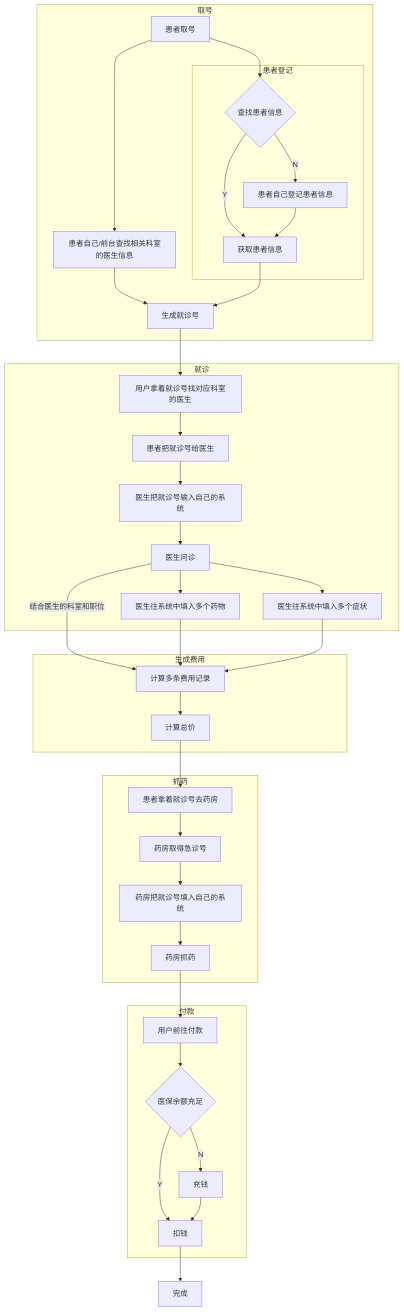
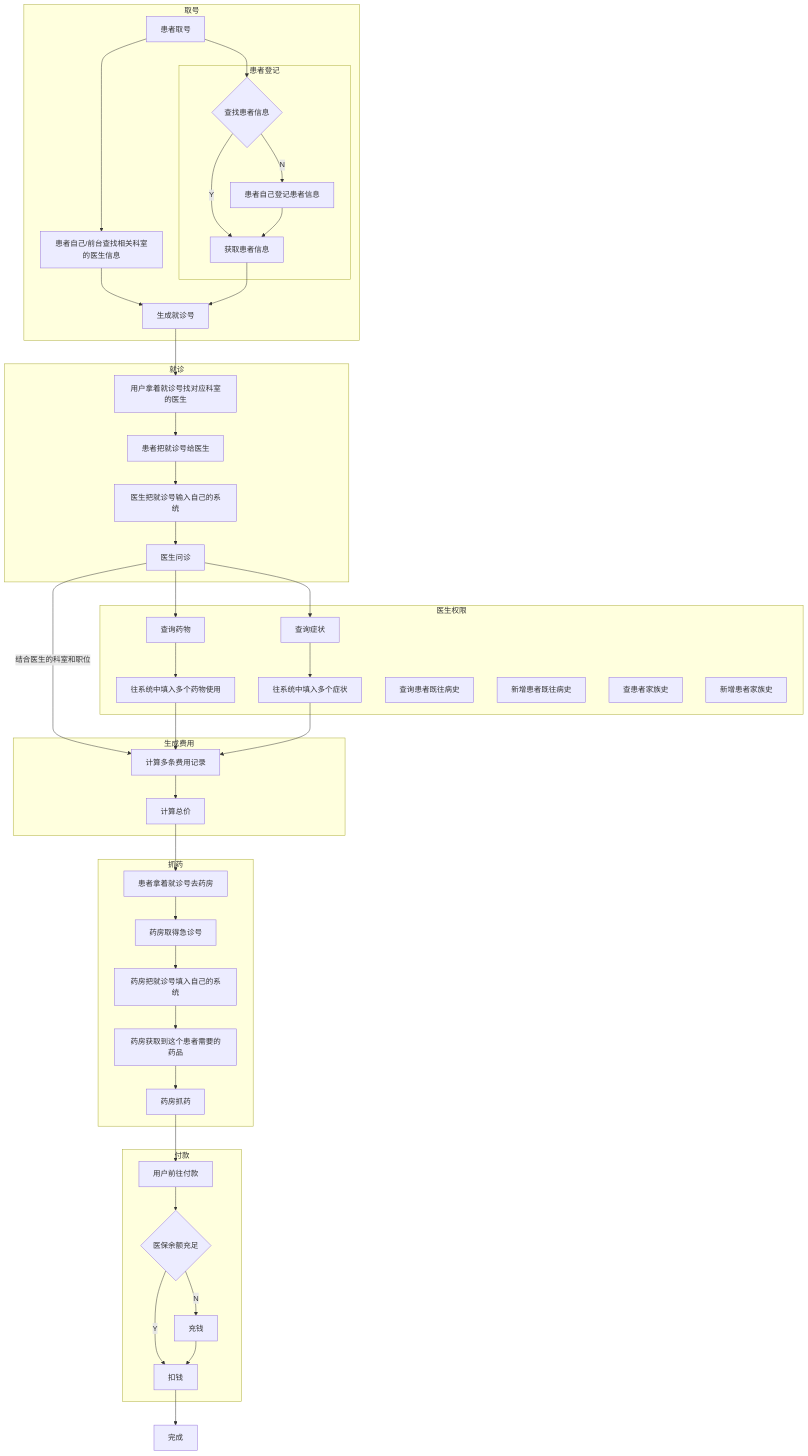
One commit to HarveyBlocks/respiratory-server changed the diagram in README.md. Above: the diagram before and after it, drawn with Mermaid. The commit also changed other lines of this file, not shown here.

````diff
--- a/README.md
+++ b/README.md
@@ -304,47 +328,61 @@
 ```mermaid
 graph TD
 
 subgraph 取号
 	患者取号-->judge_patient
     subgraph 患者登记
         judge_patient{查找患者信息}-->|Y|得患者[获取患者信息]
         judge_patient-->|N|患者自己登记患者信息
         患者自己登记患者信息-->得患者
     end
     患者取号-->查医生[患者自己/前台查找相关科室的医生信息]
     查医生-->生成就诊号
     得患者-->生成就诊号
 end
 
+subgraph 医生权限
+查询症状
+查询药物
+新增患者症状
+新增药物具体使用
+end
+
 subgraph 就诊
 生成就诊号-->找医生[用户拿着就诊号找对应科室的医生]
 -->患者把就诊号给医生
 -->得就诊号[医生把就诊号输入自己的系统]
 得就诊号-->医生问诊
-医生问诊-->填症状[医生往系统中填入多个症状]
-医生问诊-->填药物[医生往系统中填入多个药物]
+医生问诊-->查询症状-->新增患者症状[往系统中填入多个症状]
+医生问诊-->查询药物-->新增药物具体使用[往系统中填入多个药物使用]
 end
+subgraph 医生权限
+查询患者既往病史
+新增患者既往病史
+查患者家族史
+新增患者家族史
 
+end
 subgraph 生成费用
 医生问诊-->|结合医生的科室和职位|计算费用[计算多条费用记录]
-填药物-->计算费用
-填症状-->计算费用
+新增药物具体使用-->计算费用
+新增患者症状-->计算费用
 -->计算总价
 end
 subgraph 抓药
 计算总价-->患者拿着就诊号去药房
 -->药房取得急诊号
 -->药房把就诊号填入自己的系统
+-->药房获取到这个患者需要的药品
 -->药房抓药
 
 
 end
 subgraph 付款
 药房抓药-->用户前往付款-->judge_balance{医保余额充足}
 -->|Y|扣钱 
 judge_balance-->|N|充钱-->扣钱
 
 end
 扣钱-->完成
 
 ```
````
